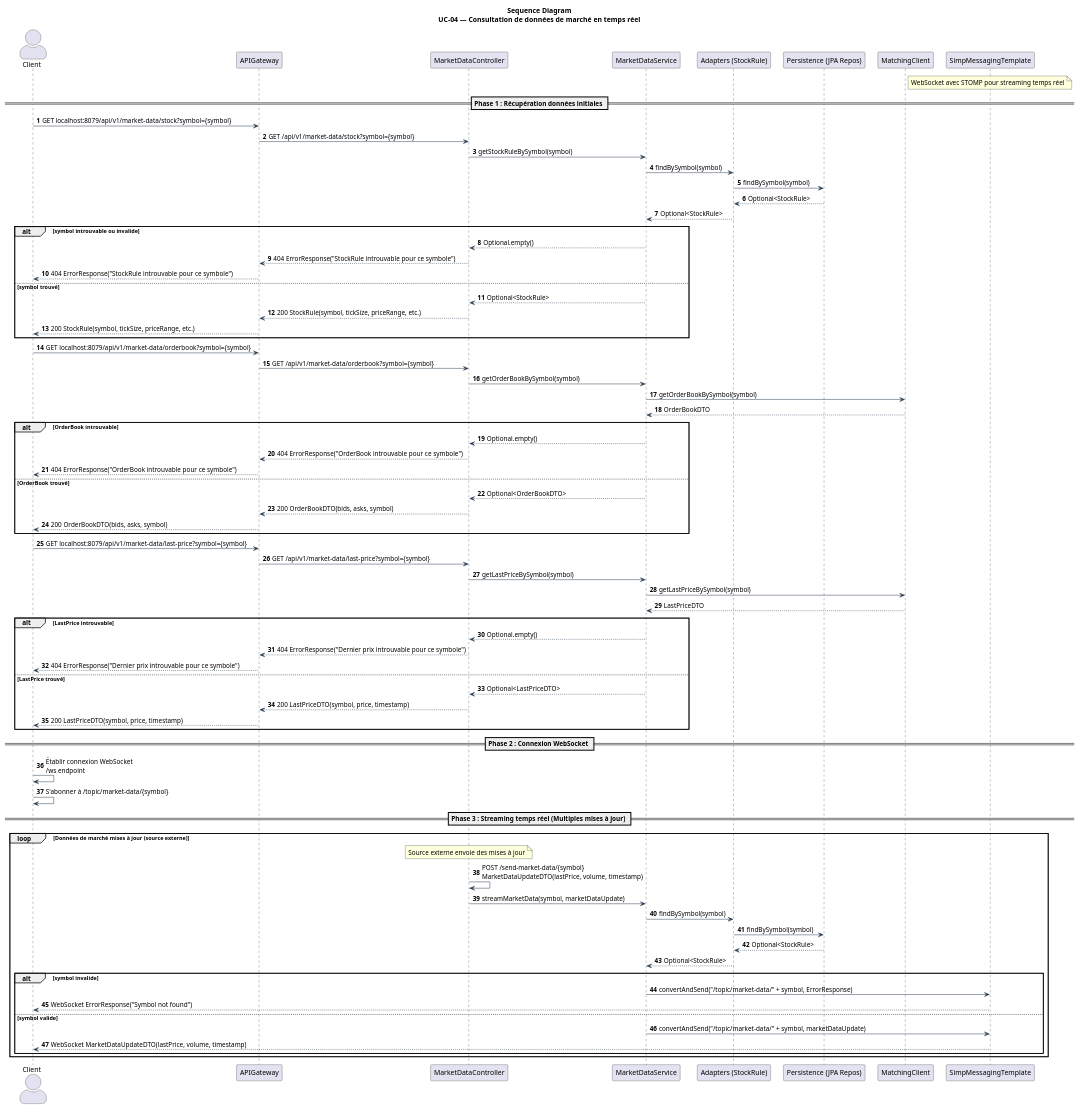
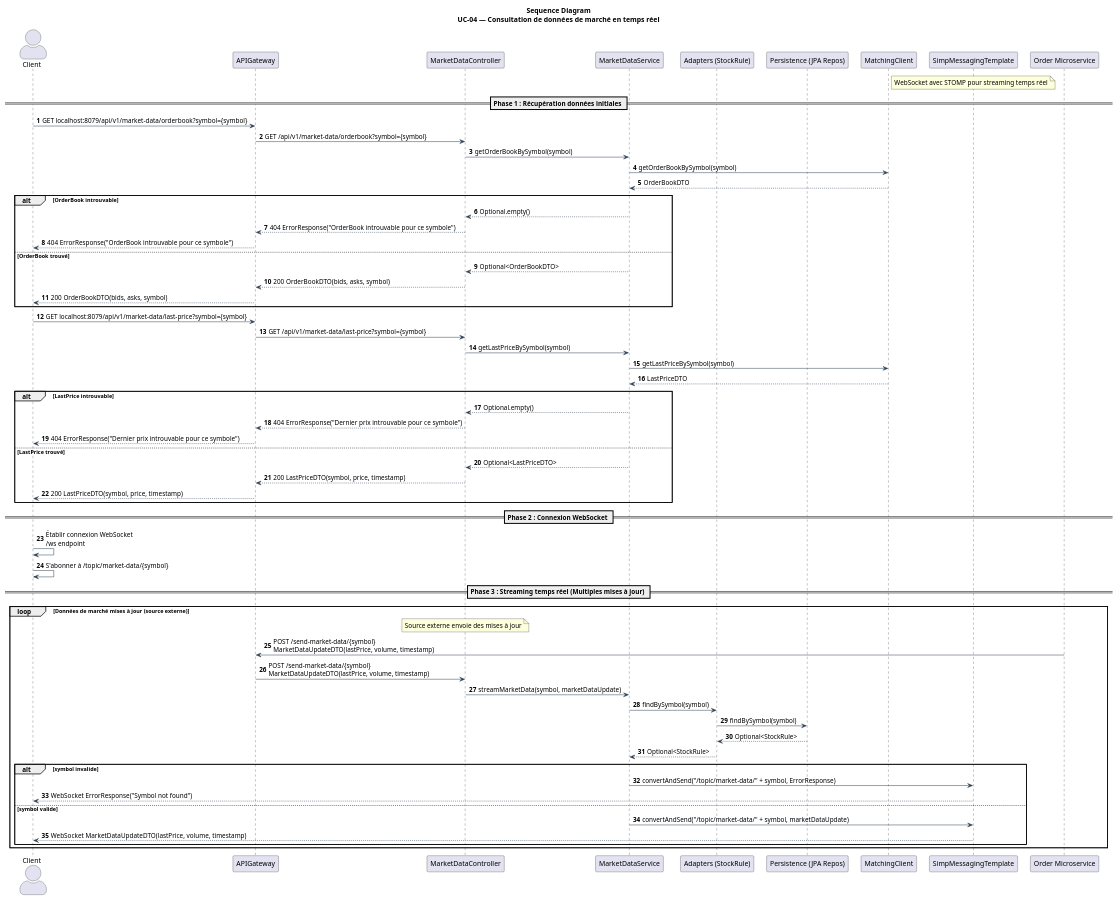
Before and after one commit to Hugo-12341234/BrokerX_MicroServices: the diagram in docs/architecture/4+1/processView/sequenceDiagrams/sequenceDiagramUC04.puml, drawn with PlantUML. The commit also changed 2 other files, not shown here.

Commit message:
UC04 sequence diagram done, UC06 verification

```diff
--- a/docs/architecture/4+1/processView/sequenceDiagrams/sequenceDiagramUC04.puml
+++ b/docs/architecture/4+1/processView/sequenceDiagrams/sequenceDiagramUC04.puml
@@ -1,107 +1,90 @@
 @startuml
 ' UC-04 — Consultation de données de marché en temps réel (BrokerX)
 
 title Sequence Diagram\nUC-04 — Consultation de données de marché en temps réel
 
 skinparam ParticipantPadding 8
 skinparam BoxPadding 6
 skinparam Shadowing false
 skinparam ArrowColor #2c3e50
 skinparam ActorStyle awesome
 autonumber
 
 actor Client
 participant APIGateway
 participant MarketDataController
 participant MarketDataService
 participant "Adapters (StockRule)" as Adapters
 participant "Persistence (JPA Repos)" as Persistence
 participant "MatchingClient" as MatchingAPI
 participant "SimpMessagingTemplate" as WebSocket
+participant "Order Microservice" as OrderMS
 
 note over WebSocket
 WebSocket avec STOMP pour streaming temps réel
 end note
 
 == Phase 1 : Récupération données initiales ==
-Client -> APIGateway: GET localhost:8079/api/v1/market-data/stock?symbol={symbol}
-APIGateway -> MarketDataController: GET /api/v1/market-data/stock?symbol={symbol}
-MarketDataController -> MarketDataService: getStockRuleBySymbol(symbol)
-
-MarketDataService -> Adapters: findBySymbol(symbol)
-Adapters -> Persistence: findBySymbol(symbol)
-Persistence --> Adapters: Optional<StockRule>
-Adapters --> MarketDataService: Optional<StockRule>
-
-alt symbol introuvable ou invalide
-    MarketDataService --> MarketDataController: Optional.empty()
-    MarketDataController --> APIGateway: 404 ErrorResponse("StockRule introuvable pour ce symbole")
-    APIGateway --> Client: 404 ErrorResponse("StockRule introuvable pour ce symbole")
-else symbol trouvé
-    MarketDataService --> MarketDataController: Optional<StockRule>
-    MarketDataController --> APIGateway: 200 StockRule(symbol, tickSize, priceRange, etc.)
-    APIGateway --> Client: 200 StockRule(symbol, tickSize, priceRange, etc.)
-end
-
 Client -> APIGateway: GET localhost:8079/api/v1/market-data/orderbook?symbol={symbol}
 APIGateway -> MarketDataController: GET /api/v1/market-data/orderbook?symbol={symbol}
 MarketDataController -> MarketDataService: getOrderBookBySymbol(symbol)
 
 MarketDataService -> MatchingAPI: getOrderBookBySymbol(symbol)
 MatchingAPI --> MarketDataService: OrderBookDTO
 
 alt OrderBook introuvable
     MarketDataService --> MarketDataController: Optional.empty()
     MarketDataController --> APIGateway: 404 ErrorResponse("OrderBook introuvable pour ce symbole")
     APIGateway --> Client: 404 ErrorResponse("OrderBook introuvable pour ce symbole")
 else OrderBook trouvé
     MarketDataService --> MarketDataController: Optional<OrderBookDTO>
     MarketDataController --> APIGateway: 200 OrderBookDTO(bids, asks, symbol)
     APIGateway --> Client: 200 OrderBookDTO(bids, asks, symbol)
 end
 
 Client -> APIGateway: GET localhost:8079/api/v1/market-data/last-price?symbol={symbol}
 APIGateway -> MarketDataController: GET /api/v1/market-data/last-price?symbol={symbol}
 MarketDataController -> MarketDataService: getLastPriceBySymbol(symbol)
 
 MarketDataService -> MatchingAPI: getLastPriceBySymbol(symbol)
 MatchingAPI --> MarketDataService: LastPriceDTO
 
 alt LastPrice introuvable
     MarketDataService --> MarketDataController: Optional.empty()
     MarketDataController --> APIGateway: 404 ErrorResponse("Dernier prix introuvable pour ce symbole")
     APIGateway --> Client: 404 ErrorResponse("Dernier prix introuvable pour ce symbole")
 else LastPrice trouvé
     MarketDataService --> MarketDataController: Optional<LastPriceDTO>
     MarketDataController --> APIGateway: 200 LastPriceDTO(symbol, price, timestamp)
     APIGateway --> Client: 200 LastPriceDTO(symbol, price, timestamp)
 end
 
 == Phase 2 : Connexion WebSocket ==
 Client -> Client: Établir connexion WebSocket\n/ws endpoint
 Client -> Client: S'abonner à /topic/market-data/{symbol}
 
 == Phase 3 : Streaming temps réel (Multiples mises à jour) ==
 loop Données de marché mises à jour (source externe)
     note over MarketDataController
     Source externe envoie des mises à jour
     end note
 
-    MarketDataController -> MarketDataController: POST /send-market-data/{symbol}\nMarketDataUpdateDTO(lastPrice, volume, timestamp)
+    OrderMS -> APIGateway: POST /send-market-data/{symbol}\nMarketDataUpdateDTO(lastPrice, volume, timestamp)
+    APIGateway -> MarketDataController: POST /send-market-data/{symbol}\nMarketDataUpdateDTO(lastPrice, volume, timestamp)
     MarketDataController -> MarketDataService: streamMarketData(symbol, marketDataUpdate)
 
     MarketDataService -> Adapters: findBySymbol(symbol)
     Adapters -> Persistence: findBySymbol(symbol)
     Persistence --> Adapters: Optional<StockRule>
     Adapters --> MarketDataService: Optional<StockRule>
 
     alt symbol invalide
         MarketDataService -> WebSocket: convertAndSend("/topic/market-data/" + symbol, ErrorResponse)
         WebSocket --> Client: WebSocket ErrorResponse("Symbol not found")
     else symbol valide
         MarketDataService -> WebSocket: convertAndSend("/topic/market-data/" + symbol, marketDataUpdate)
         WebSocket --> Client: WebSocket MarketDataUpdateDTO(lastPrice, volume, timestamp)
     end
 end
 
 @enduml
```
